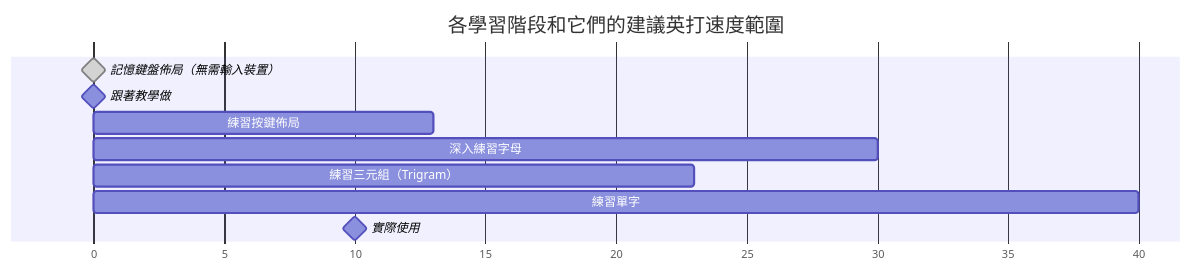
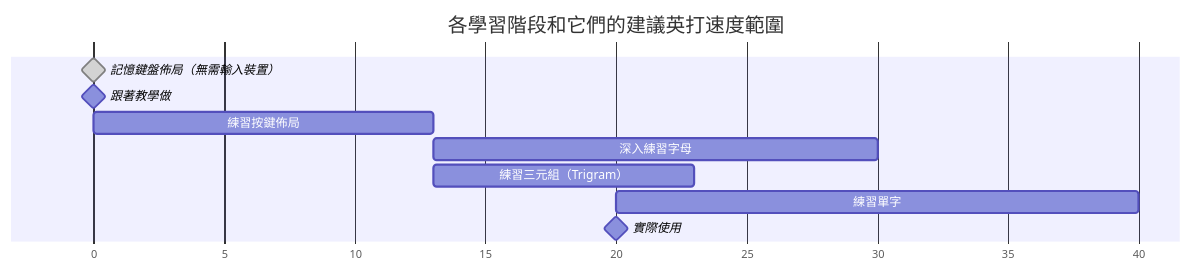
One commit to andy23512/blog-diagrams changed the diagram in diagrams/zh-tw/learning-stages.mmd. Above: the diagram before and after it, drawn with Mermaid. The commit also changed 13 other files, not shown here.

First line of the commit message:
chore(deps): upgrade mermaid to 11.17.2 and puppeteer to 25

```diff
--- a/diagrams/zh-tw/learning-stages.mmd
+++ b/diagrams/zh-tw/learning-stages.mmd
@@ -1,15 +1,15 @@
 ---
 config:
   themeCSS: ".grid .tick line { stroke: #bbb; }"
 ---
 gantt
     title 各學習階段和它們的建議英打速度範圍
-    dateFormat X
+    dateFormat x
     axisFormat %s
     記憶鍵盤佈局（無需輸入裝置）: milestone, done, 0, 0
     跟著教學做: milestone, 0, 0
-    練習按鍵佈局 : 0, 13
-    深入練習字母: 13, 30
-    練習三元組（Trigram）: 13, 23
-    練習單字: 20, 40
-    實際使用: milestone, 20, 20
+    練習按鍵佈局 : 0, 13000
+    深入練習字母: 13000, 30000
+    練習三元組（Trigram）: 13000, 23000
+    練習單字: 20000, 40000
+    實際使用: milestone, 20000, 20000
```
